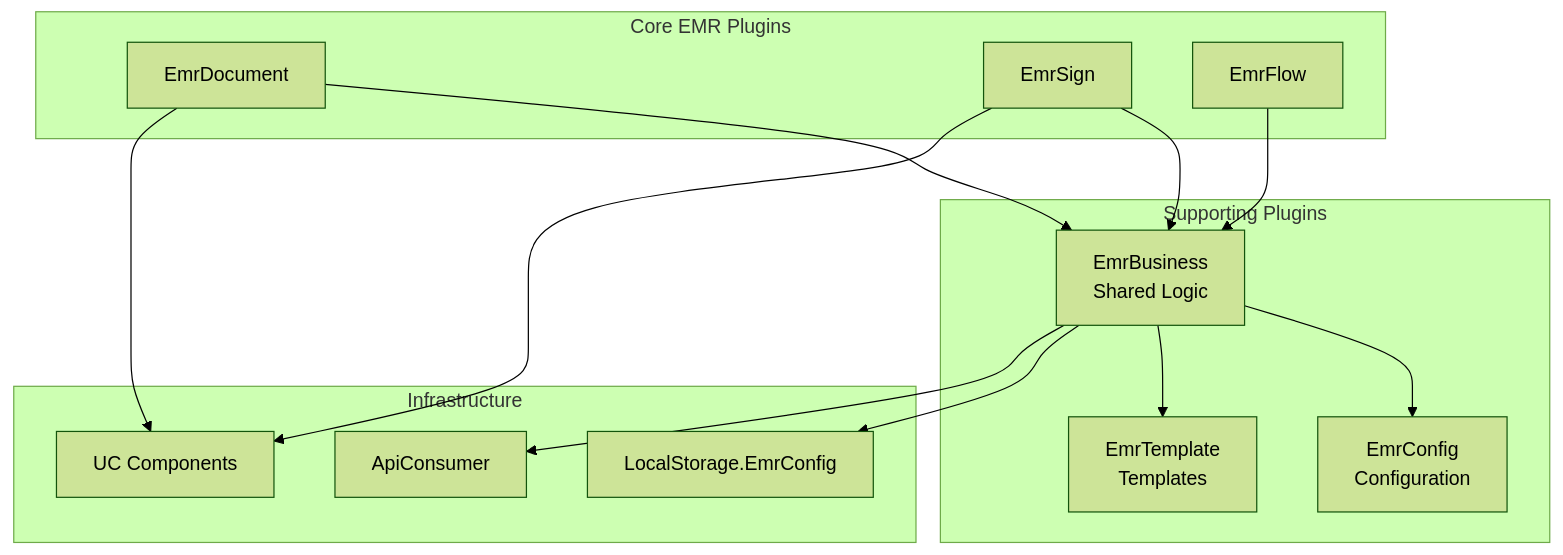
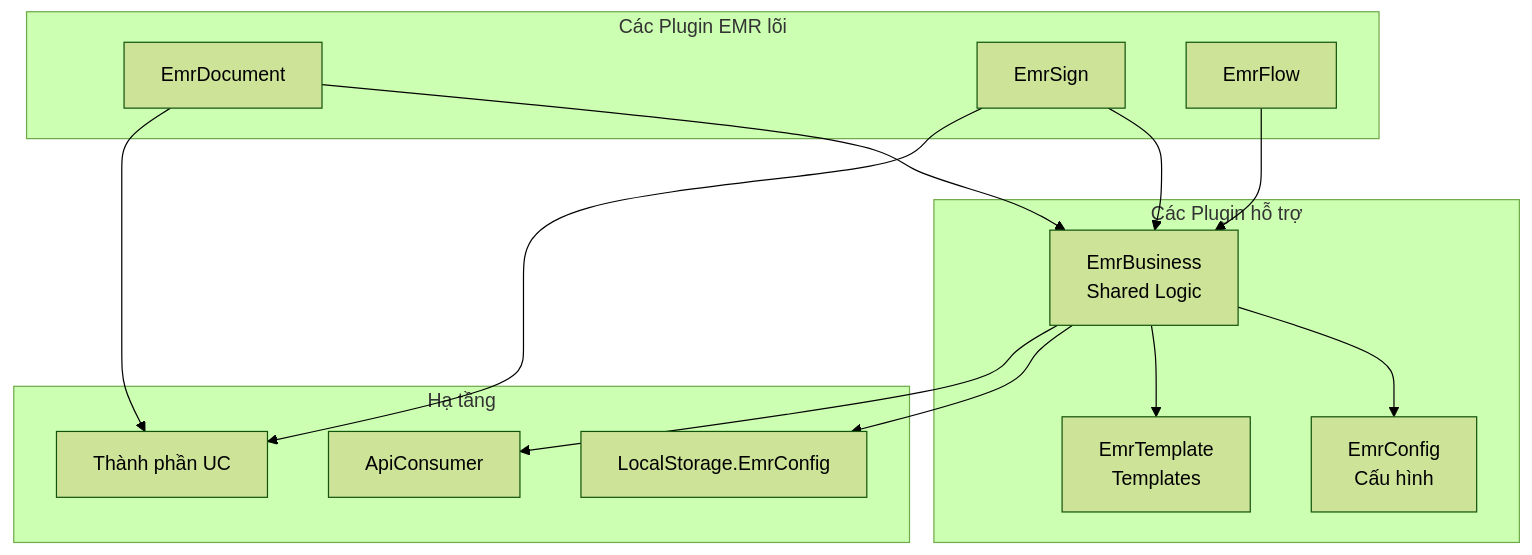
Diagram 16 of 16 in docs/his-ba-documentation/03-business-domains/administration/access-control.md (thangpnb/HIS), drawn with Mermaid (forest theme) before and after one commit. The commit also changed other lines of this file and 30 other files, not shown here.

Commit message:
Refactor architecture docs and update translations

````diff
--- a/docs/his-ba-documentation/03-business-domains/administration/access-control.md
+++ b/docs/his-ba-documentation/03-business-domains/administration/access-control.md
@@ -1028,32 +1025,32 @@
 ```mermaid
 graph TB
-    subgraph "Core EMR Plugins"
+    subgraph "Các Plugin EMR lõi"
         Doc["EmrDocument"]
         Sign["EmrSign"]
         Flow["EmrFlow"]
     end
     
-    subgraph "Supporting Plugins"
+    subgraph "Các Plugin hỗ trợ"
         Business["EmrBusiness<br/>Shared Logic"]
-        Config["EmrConfig<br/>Configuration"]
+        Config["EmrConfig<br/>Cấu hình"]
         Template["EmrTemplate<br/>Templates"]
     end
     
-    subgraph "Infrastructure"
+    subgraph "Hạ tầng"
         LocalStorage["LocalStorage.EmrConfig"]
         ApiConsumer["ApiConsumer"]
-        UC["UC Components"]
+        UC["Thành phần UC"]
     end
     
     Doc --> Business
     Sign --> Business
     Flow --> Business
     
     Business --> Config
     Business --> Template
     Business --> LocalStorage
     Business --> ApiConsumer
     
     Doc --> UC
     Sign --> UC
 ```
````
